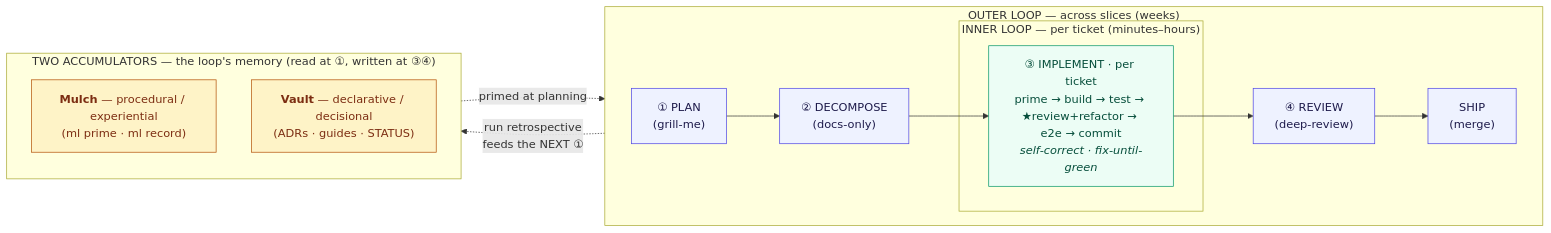
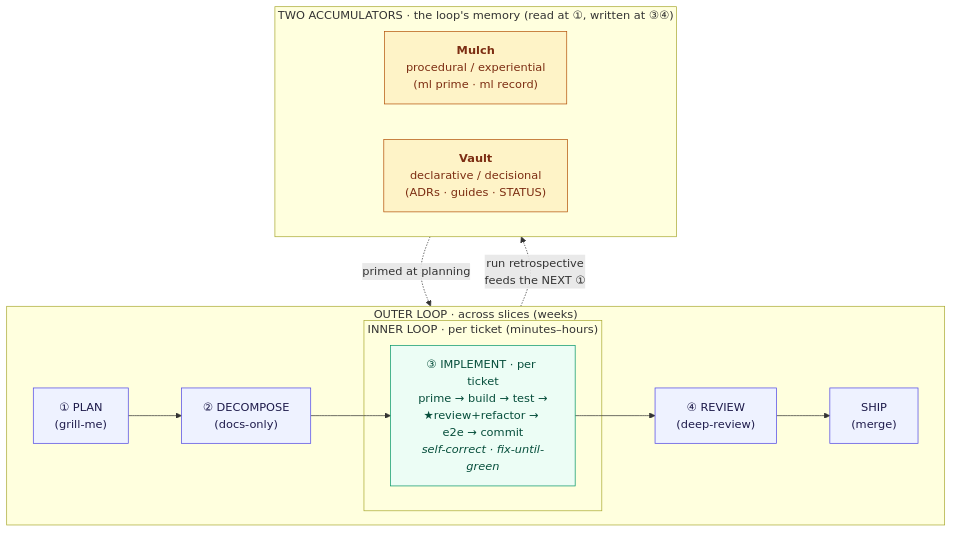
One commit to Void3110/spring-boot-starter-opa-abac changed the diagram in docs/methodology/AI-ENGINEERING-METHODOLOGY.md. Above: the diagram before and after it, drawn with Mermaid.

Commit message:
docs: fix loop-diagram layout — stack blocks, no title overlap (#82)
The Mermaid loop diagram had subgraph titles overlapping their child nodes
(long parenthetical titles don't reserve header height), and the two blocks sat
side-by-side. Rework:
- Root flowchart TB so the two big blocks STACK vertically (accumulators over the
  loop) instead of side-by-side.
- Keep the ①→②→③→④→ship phase flow horizontal (direction LR) inside the OUTER
  subgraph; the INNER LOOP nests around ③ IMPLEMENT.
- Shorten subgraph titles (· separators) and wrap the long IMPLEMENT line so no
  title collides with a node.

Re-rendered with mermaid-cli — no overlap, both blocks clear, all labels/edges
intact. Content unchanged. Docs-only.

````diff
--- a/docs/methodology/AI-ENGINEERING-METHODOLOGY.md
+++ b/docs/methodology/AI-ENGINEERING-METHODOLOGY.md
@@ -33,34 +33,29 @@
 ```mermaid
-flowchart LR
-    P["① PLAN<br/>(grill-me)"] --> D["② DECOMPOSE<br/>(docs-only)"]
-    D --> I
-    I --> R["④ REVIEW<br/>(deep-review)"]
-    R --> S["SHIP<br/>(merge)"]
-
-    subgraph OUTER["OUTER LOOP — across slices (weeks)"]
+flowchart TB
+    subgraph OUTER["OUTER LOOP · across slices (weeks)"]
         direction LR
-        P
-        D
-        subgraph INNER["INNER LOOP — per ticket (minutes–hours)"]
-            I["③ IMPLEMENT · per ticket<br/>prime → build → test → ★review+refactor → e2e → commit<br/><i>self-correct · fix-until-green</i>"]
+        P["① PLAN<br/>(grill-me)"] --> D["② DECOMPOSE<br/>(docs-only)"]
+        D --> I
+        I --> R["④ REVIEW<br/>(deep-review)"]
+        R --> S["SHIP<br/>(merge)"]
+        subgraph INNER["INNER LOOP · per ticket (minutes–hours)"]
+            I["③ IMPLEMENT · per ticket<br/>prime → build → test →<br/>★review+refactor → e2e → commit<br/><i>self-correct · fix-until-green</i>"]
         end
-        R
-        S
     end
 
-    subgraph ACC["TWO ACCUMULATORS — the loop's memory (read at ①, written at ③④)"]
-        direction TB
-        M["<b>Mulch</b> — procedural / experiential<br/>(ml prime · ml record)"]
-        V["<b>Vault</b> — declarative / decisional<br/>(ADRs · guides · STATUS)"]
+    subgraph ACC["TWO ACCUMULATORS · the loop's memory (read at ①, written at ③④)"]
+        direction LR
+        M["<b>Mulch</b><br/>procedural / experiential<br/>(ml prime · ml record)"]
+        V["<b>Vault</b><br/>declarative / decisional<br/>(ADRs · guides · STATUS)"]
     end
 
     S -. "run retrospective<br/>feeds the NEXT ①" .-> ACC
     ACC -. "primed at planning" .-> P
 
     classDef phase fill:#eef2ff,stroke:#4f46e5,color:#1e1b4b;
     classDef inner fill:#ecfdf5,stroke:#059669,color:#064e3b;
     classDef acc fill:#fef3c7,stroke:#b45309,color:#7c2d12;
     class P,D,R,S phase;
     class I inner;
     class M,V acc;
 ```
````
